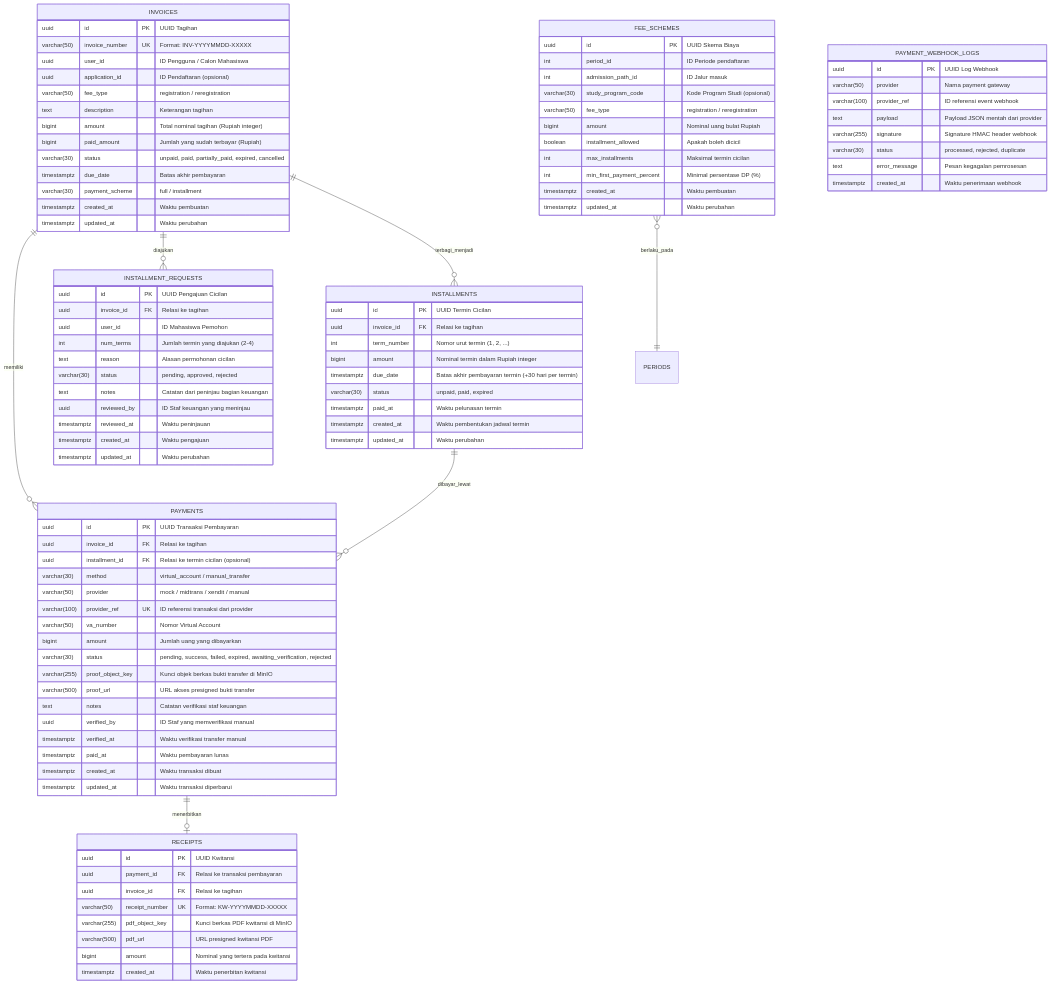
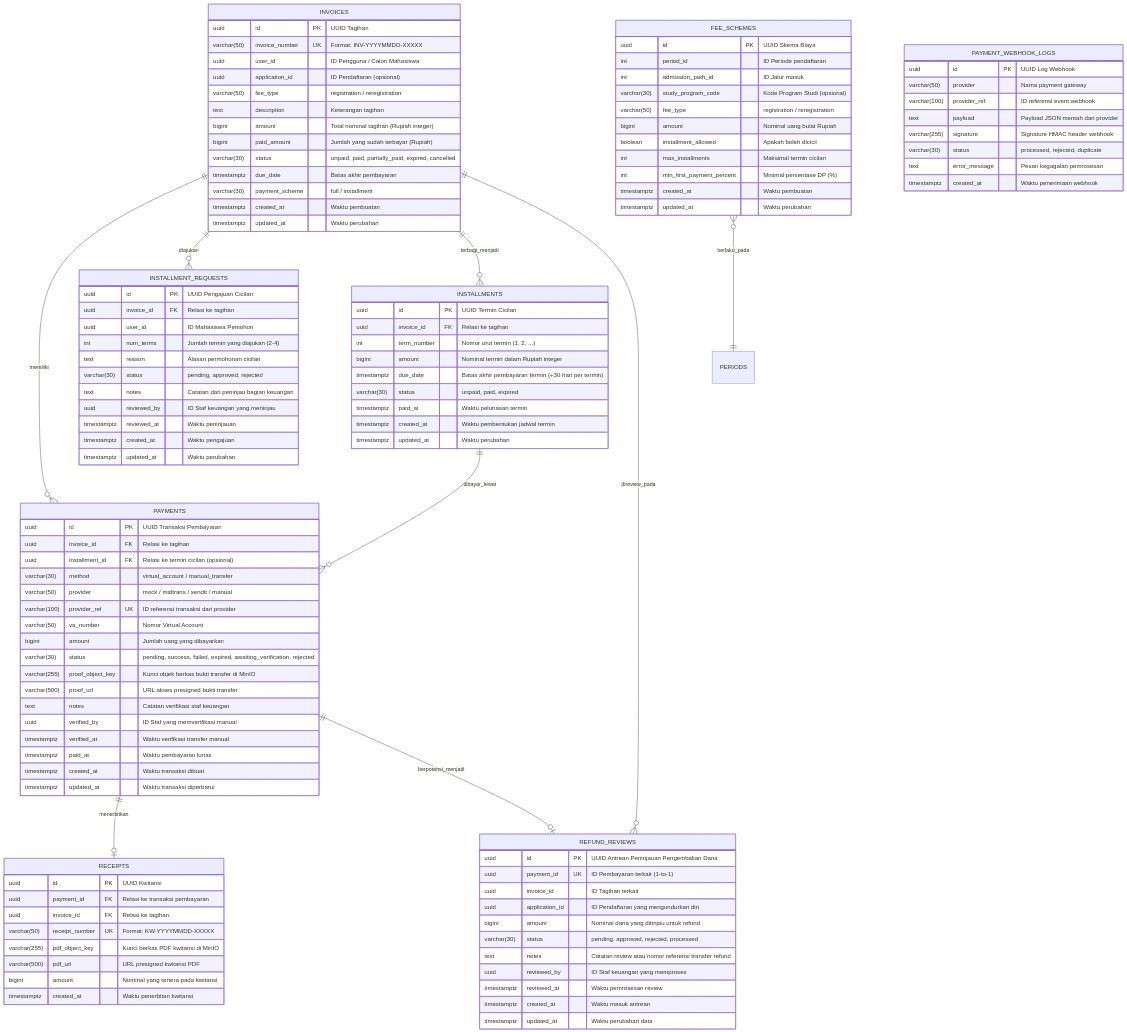
Before and after one commit to kemal-ramadhan/api-pendaftaran-kampus: the diagram in docs/erd-finance.md, drawn with Mermaid. The commit also changed other lines of this file and 16 other files, not shown here.

Commit message:
docs: API contracts ERD class-diagram dan skenario e2e CR-006..008

````diff
--- a/docs/erd-finance.md
+++ b/docs/erd-finance.md
@@ -9,6 +9,8 @@
     INVOICES ||--o{ INSTALLMENTS : "terbagi_menjadi"
     INSTALLMENTS ||--o{ PAYMENTS : "dibayar_lewat"
     PAYMENTS ||--o| RECEIPTS : "menerbitkan"
+    PAYMENTS ||--o| REFUND_REVIEWS : "berpotensi_menjadi"
+    INVOICES ||--o{ REFUND_REVIEWS : "direview_pada"
     FEE_SCHEMES }o--|| PERIODS : "berlaku_pada"
 
     FEE_SCHEMES {
@@ -108,4 +110,18 @@
         text error_message "Pesan kegagalan pemrosesan"
         timestamptz created_at "Waktu penerimaan webhook"
     }
+
+    REFUND_REVIEWS {
+        uuid id PK "UUID Antrean Peninjauan Pengembalian Dana"
+        uuid payment_id UK "ID Pembayaran terkait (1-to-1)"
+        uuid invoice_id "ID Tagihan terkait"
+        uuid application_id "ID Pendaftaran yang mengundurkan diri"
+        bigint amount "Nominal dana yang ditinjau untuk refund"
+        varchar(30) status "pending, approved, rejected, processed"
+        text notes "Catatan review atau nomor referensi transfer refund"
+        uuid reviewed_by "ID Staf keuangan yang memproses"
+        timestamptz reviewed_at "Waktu pemrosesan review"
+        timestamptz created_at "Waktu masuk antrean"
+        timestamptz updated_at "Waktu perubahan data"
+    }
 ```
````
